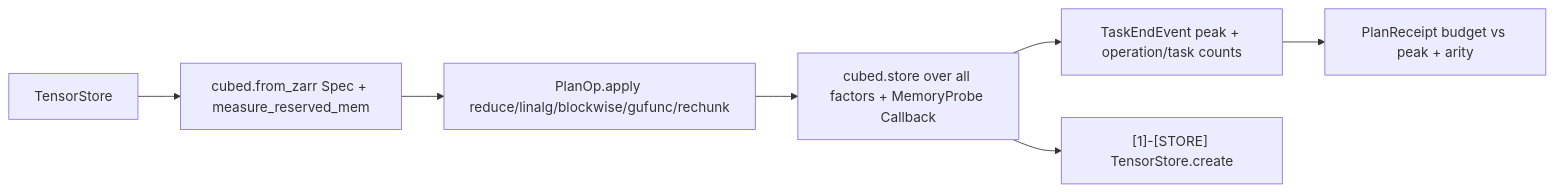
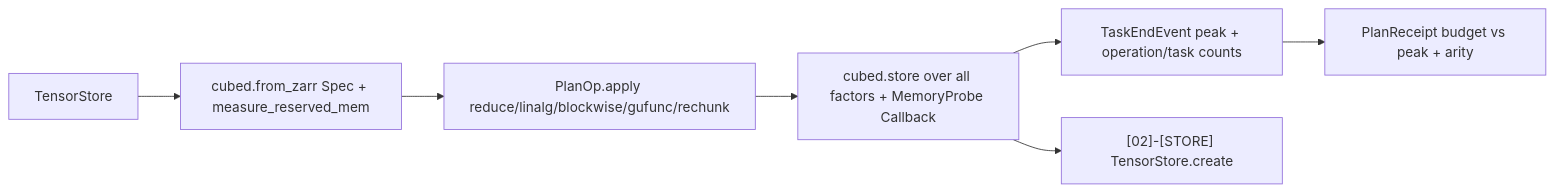
One commit to bsamiee/Rasm changed the second of 2 diagrams in libs/python/data/.planning/gridded/store.md. Above: the diagram before and after it, drawn with Mermaid. The commit also changed other lines of this file and 441 other files, not shown here.

````diff
--- a/libs/python/data/.planning/gridded/store.md
+++ b/libs/python/data/.planning/gridded/store.md
@@ -657,9 +634,11 @@
 ```mermaid
 flowchart LR
+    accTitle: Bounded-memory plan flow
+    accDescr: The dense store lifted into a cubed plan, the PlanOp dispatch, materialization under the memory probe, and the budget-versus-peak receipt.
     Store["TensorStore"] --> From["cubed.from_zarr Spec + measure_reserved_mem"]
     From --> Op["PlanOp.apply reduce/linalg/blockwise/gufunc/rechunk"]
     Op --> Mat["cubed.store over all factors + MemoryProbe Callback"]
     Mat --> Peak["TaskEndEvent peak + operation/task counts"]
     Peak --> Receipt["PlanReceipt budget vs peak + arity"]
-    Mat --> Restore["[1]-[STORE] TensorStore.create"]
+    Mat --> Restore["[02]-[STORE] TensorStore.create"]
 ```
````
